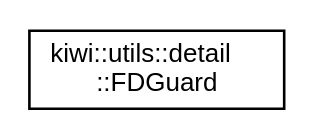
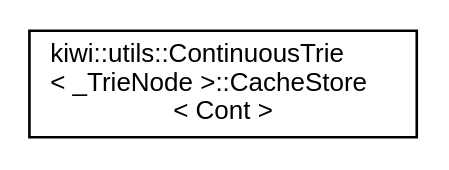
One commit to bab2min/Kiwi changed the diagram in inherit_graph_84.dot. Above: the diagram before and after it, drawn with Graphviz. The commit also changed 205 other files, not shown here.

```diff
--- a/inherit_graph_84.dot
+++ b/inherit_graph_84.dot
@@ -1,8 +1,8 @@
 digraph "Graphical Class Hierarchy"
 {
  // LATEX_PDF_SIZE
   edge [fontname="Helvetica",fontsize="10",labelfontname="Helvetica",labelfontsize="10"];
   node [fontname="Helvetica",fontsize="10",shape=record];
   rankdir="LR";
-  Node0 [label="kiwi::utils::detail\l::FDGuard",height=0.2,width=0.4,color="black", fillcolor="white", style="filled",URL="$classkiwi_1_1utils_1_1detail_1_1FDGuard.html",tooltip=" "];
+  Node0 [label="kiwi::utils::ContinuousTrie\l\< _TrieNode \>::CacheStore\l\< Cont \>",height=0.2,width=0.4,color="black", fillcolor="white", style="filled",URL="$structkiwi_1_1utils_1_1ContinuousTrie_1_1CacheStore.html",tooltip=" "];
 }
```
